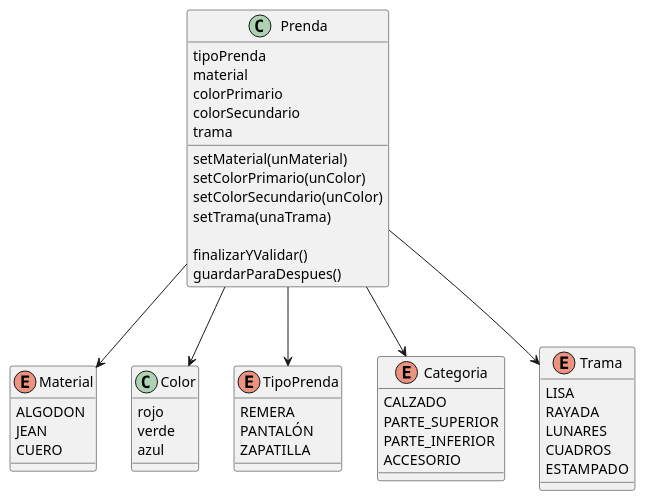
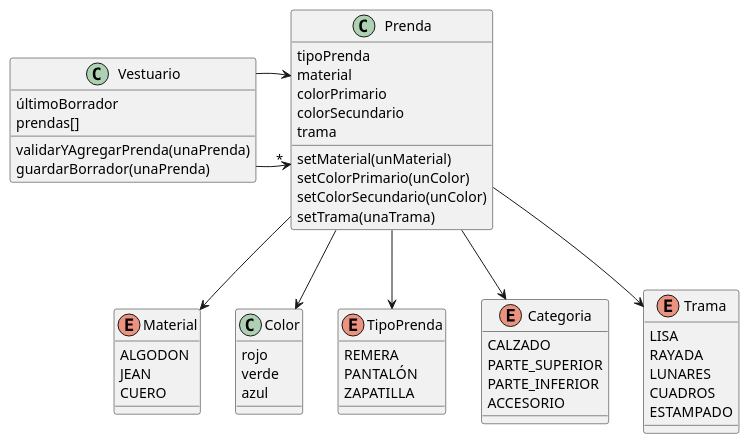
Before and after one commit to SwaXTech/QMP-1ra-Iteracion: the diagram in SegundaIteracion/diagramaDeclases.plantuml, drawn with PlantUML.

Commit message:
Ahora la responsabilidad de validar una prenda, así como guardar un borrador es del vestuario y no de la prenda

```diff
--- a/SegundaIteracion/diagramaDeclases.plantuml
+++ b/SegundaIteracion/diagramaDeclases.plantuml
@@ -1,62 +1,70 @@
 @startuml QMP Segunda Iteración
 
 class Prenda{
   tipoPrenda
   material
   colorPrimario
   colorSecundario
   trama
 
   setMaterial(unMaterial)
   setColorPrimario(unColor)
   setColorSecundario(unColor)
   setTrama(unaTrama)
-
-  finalizarYValidar()
-  guardarParaDespues()
 }
 
 Prenda -d-> Material
 enum Material{
   ALGODON
   JEAN
   CUERO
 }
 
 Prenda -d-> Color
 class Color{
   rojo
   verde
   azul
 }
 
 Prenda -d-> TipoPrenda
 enum TipoPrenda{
   REMERA
   PANTALÓN
   ZAPATILLA
 }
 
 
 Prenda -d-> Categoria
 enum Categoria{
   CALZADO
   PARTE_SUPERIOR
   PARTE_INFERIOR
   ACCESORIO
 }
 
 Prenda -d-> Trama
 enum Trama{
   LISA
   RAYADA
   LUNARES
   CUADROS
   ESTAMPADO
 }
 
 
+Vestuario -> "*" Prenda
+Vestuario -> Prenda
+class Vestuario{
+
+  últimoBorrador
+  prendas[]
+
+  validarYAgregarPrenda(unaPrenda)
+  guardarBorrador(unaPrenda)
+
+}
 
 
 
 @enduml
```
